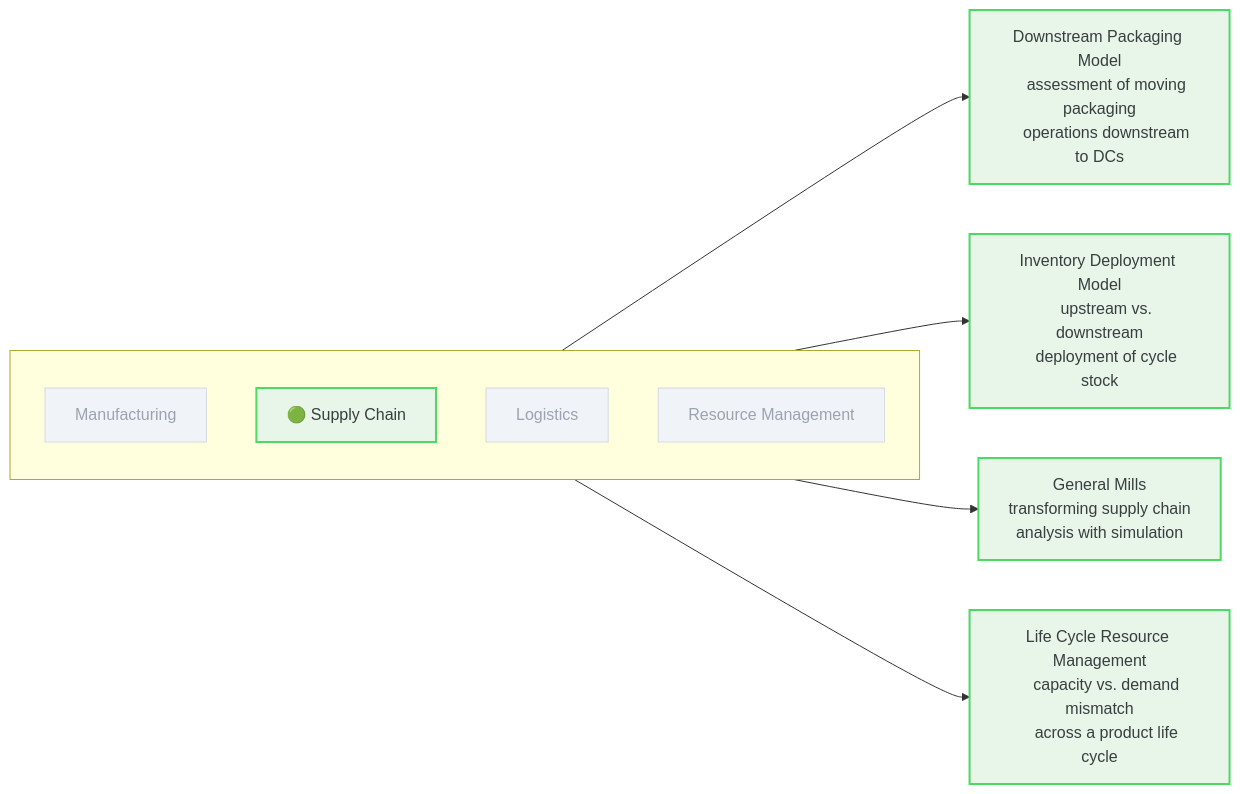
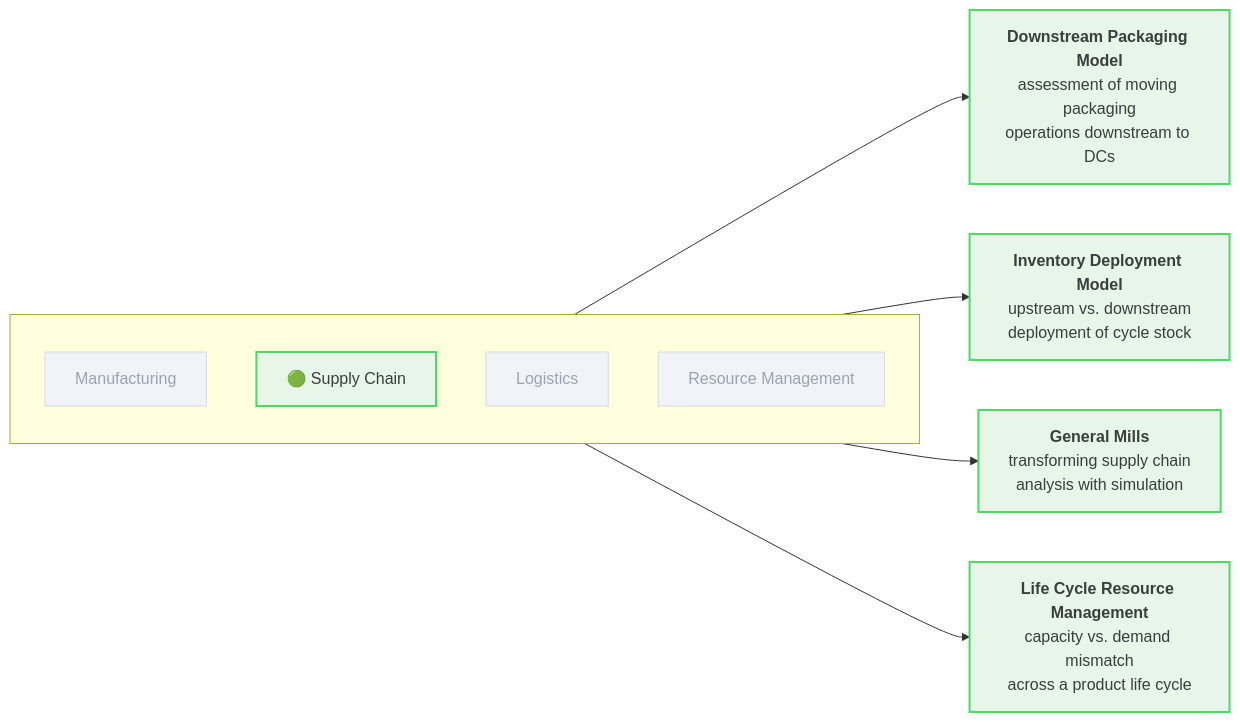
Before and after one commit to SimulationDynamics/sdi-self-guided-tour: the diagram in src/supply-chain/case-studies.md, drawn with Mermaid. The commit also changed 5 other files, not shown here.

First line of the commit message:
Add bold titles and clickable links to Mermaid diagrams, update docs

```diff
--- a/src/supply-chain/case-studies.md
+++ b/src/supply-chain/case-studies.md
@@ -23,28 +23,32 @@
 <div class="mermaid">
 graph LR
     subgraph sections[" "]
         direction TB
         M["Manufacturing"]
         SC["🟢 Supply Chain"]
         L["Logistics"]
         RM["Resource Management"]
     end
-    SC -->|" "| CS1["Downstream Packaging Model
+    SC -->|" "| CS1["`**Downstream Packaging Model**
     assessment of moving packaging
-    operations downstream to DCs"]
-    SC -->|" "| CS2["Inventory Deployment Model
+    operations downstream to DCs`"]
+    SC -->|" "| CS2["`**Inventory Deployment Model**
     upstream vs. downstream
-    deployment of cycle stock"]
-    SC -->|" "| CS3["General Mills
+    deployment of cycle stock`"]
+    SC -->|" "| CS3["`**General Mills**
     transforming supply chain
-    analysis with simulation"]
-    SC -->|" "| CS4["Life Cycle Resource Management
+    analysis with simulation`"]
+    SC -->|" "| CS4["`**Life Cycle Resource Management**
     capacity vs. demand mismatch
-    across a product life cycle"]
+    across a product life cycle`"]
+    click CS1 "/supply-chain/case-studies/#downstream-packaging-model"
+    click CS2 "/supply-chain/case-studies/#inventory-deployment-model"
+    click CS3 "/supply-chain/case-studies/#general-mills"
+    click CS4 "/supply-chain/case-studies/#life-cycle-resource-management"
     classDef active fill:#e8f5e9,stroke:#4CD964,stroke-width:2px,color:#373F3F
     classDef dimmed fill:#f0f4f8,stroke:#D6DAE1,stroke-width:1px,color:#9ca3af
     classDef caseStudy fill:#e8f5e9,stroke:#4CD964,stroke-width:2px,color:#373F3F
     class SC active
     class M,L,RM dimmed
     class CS1,CS2,CS3,CS4 caseStudy
 </div>
```
